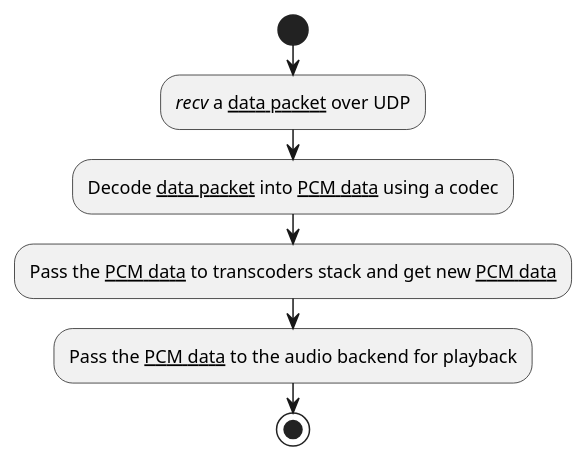
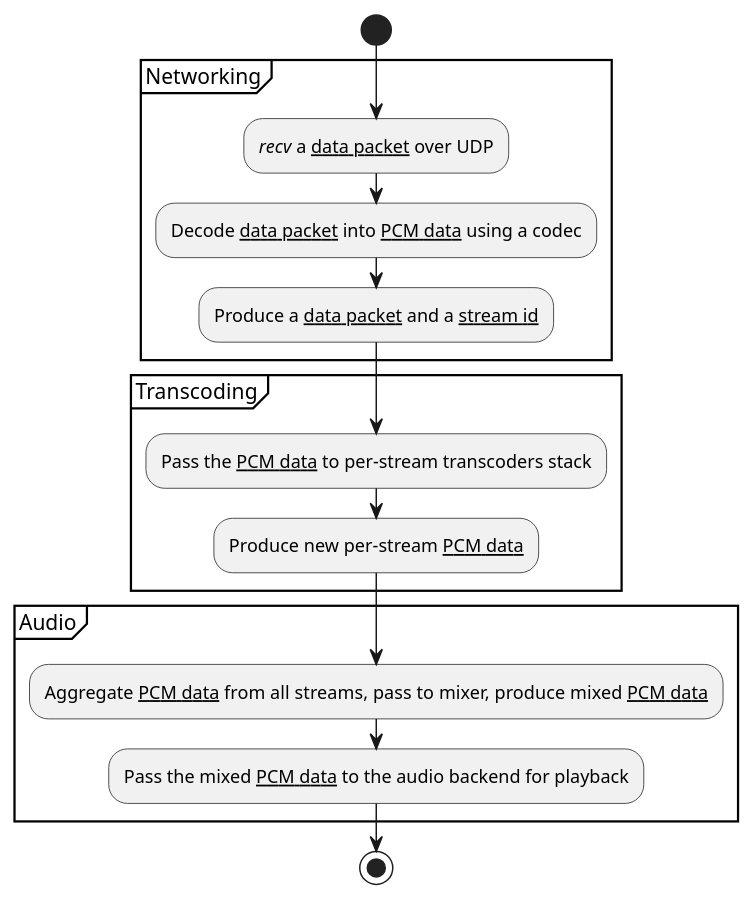
Before and after one commit to MOZGIII/netsound: the diagram in doc/audio-output-flow.pu, drawn with PlantUML.

Commit message:
Update the doc/audio-output-flow.pu with multi stream support

```diff
--- a/doc/audio-output-flow.pu
+++ b/doc/audio-output-flow.pu
@@ -1,12 +1,23 @@
 @startuml audio-output-flow
 
 start
 
-://recv// a __data packet__ over UDP;
-:Decode __data packet__ into __PCM data__ using a codec;
-:Pass the __PCM data__ to transcoders stack and get new __PCM data__;
-:Pass the __PCM data__ to the audio backend for playback;
+partition "Networking" {
+  ://recv// a __data packet__ over UDP;
+  :Decode __data packet__ into __PCM data__ using a codec;
+  :Produce a __data packet__ and a __stream id__;
+}
+
+partition "Transcoding" {
+  :Pass the __PCM data__ to per-stream transcoders stack;
+  :Produce new per-stream __PCM data__;
+}
+
+partition "Audio" {
+  :Aggregate __PCM data__ from all streams, pass to mixer, produce mixed __PCM data__;
+  :Pass the mixed __PCM data__ to the audio backend for playback;
+}
 
 stop
 
 @enduml
```
